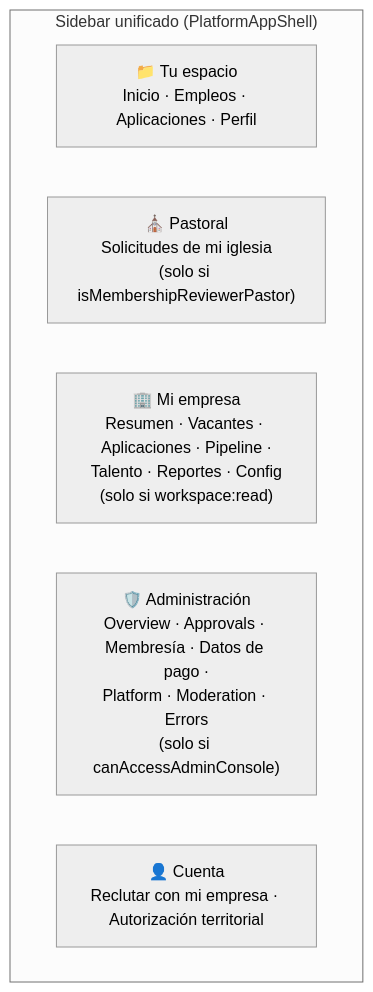
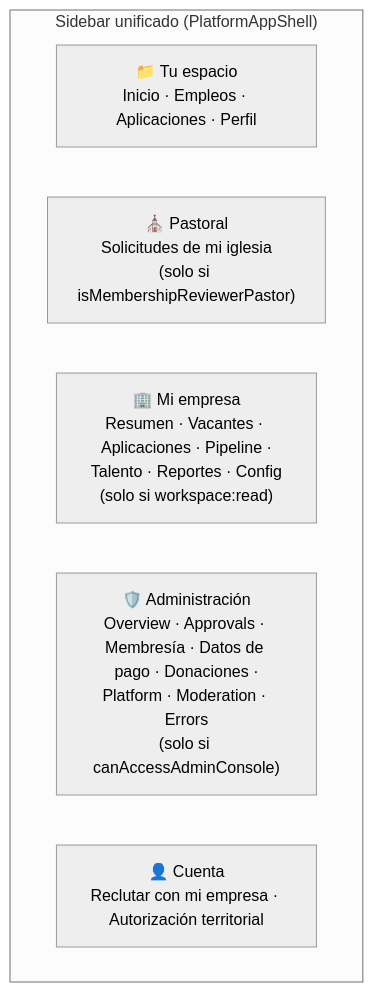
One commit to EdgarJr30/asi_do changed diagram 22 of 23 in docs/architecture/plataforma-flujograma.md. Above: the diagram before and after it, drawn with Mermaid (neutral theme). The commit also changed other lines of this file and 3 other files, not shown here.

First line of the commit message:
feat: update membership flow and add payment gateway AZUL details

````diff
--- a/docs/architecture/plataforma-flujograma.md
+++ b/docs/architecture/plataforma-flujograma.md
@@ -567,10 +634,10 @@
 ```mermaid
 flowchart TB
     subgraph SIDEBAR["Sidebar unificado (PlatformAppShell)"]
         BASE["📁 Tu espacio<br/>Inicio · Empleos · Aplicaciones · Perfil"]
         PASTORAL["⛪ Pastoral<br/>Solicitudes de mi iglesia<br/>(solo si isMembershipReviewerPastor)"]
         EMPRESA["🏢 Mi empresa<br/>Resumen · Vacantes · Aplicaciones · Pipeline ·<br/>Talento · Reportes · Config<br/>(solo si workspace:read)"]
-        ADM["🛡️ Administración<br/>Overview · Approvals · Membresía · Datos de pago ·<br/>Platform · Moderation · Errors<br/>(solo si canAccessAdminConsole)"]
+        ADM["🛡️ Administración<br/>Overview · Approvals · Membresía · Datos de pago · Donaciones ·<br/>Platform · Moderation · Errors<br/>(solo si canAccessAdminConsole)"]
         CUENTA["👤 Cuenta<br/>Reclutar con mi empresa · Autorización territorial"]
     end
 ```
````
